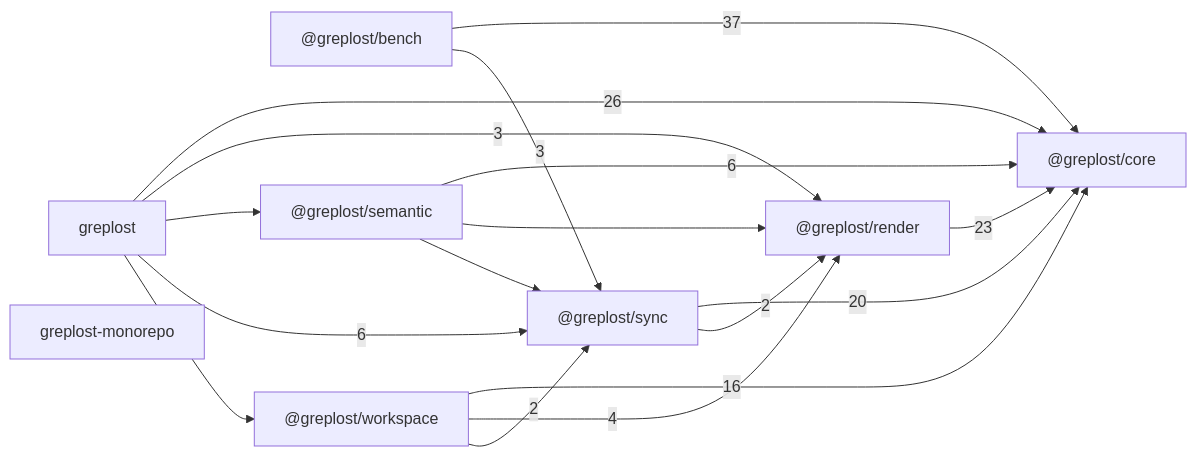
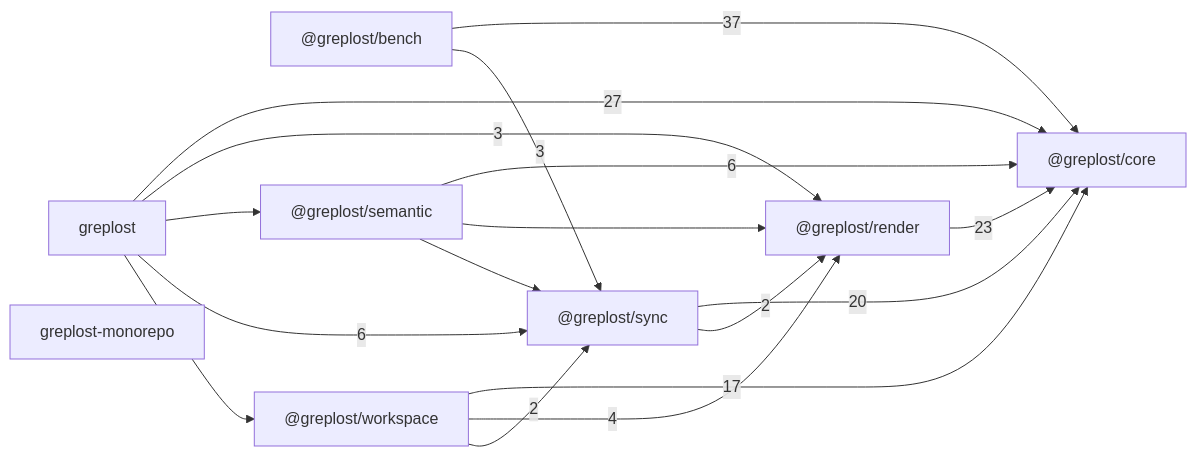
The diagram in .greplost/repo/MAP.md (sns45/greplost), drawn with Mermaid before and after one commit. The commit also changed other lines of this file and 27 other files, not shown here.

````diff
--- a/.greplost/repo/MAP.md
+++ b/.greplost/repo/MAP.md
@@ -21,27 +21,27 @@
 ```mermaid
 graph LR
   _greplost_bench["@greplost/bench"]
   _greplost_core["@greplost/core"]
   _greplost_render["@greplost/render"]
   _greplost_semantic["@greplost/semantic"]
   _greplost_sync["@greplost/sync"]
   _greplost_workspace["@greplost/workspace"]
   greplost["greplost"]
   greplost_monorepo["greplost-monorepo"]
   _greplost_bench -->|37| _greplost_core
   _greplost_bench -->|3| _greplost_sync
   _greplost_render -->|23| _greplost_core
   _greplost_semantic -->|6| _greplost_core
   _greplost_semantic --> _greplost_render
   _greplost_semantic --> _greplost_sync
   _greplost_sync -->|20| _greplost_core
   _greplost_sync -->|2| _greplost_render
-  _greplost_workspace -->|16| _greplost_core
+  _greplost_workspace -->|17| _greplost_core
   _greplost_workspace -->|4| _greplost_render
   _greplost_workspace -->|2| _greplost_sync
-  greplost -->|26| _greplost_core
+  greplost -->|27| _greplost_core
   greplost -->|3| _greplost_render
   greplost --> _greplost_semantic
   greplost -->|6| _greplost_sync
   greplost --> _greplost_workspace
 ```
````
